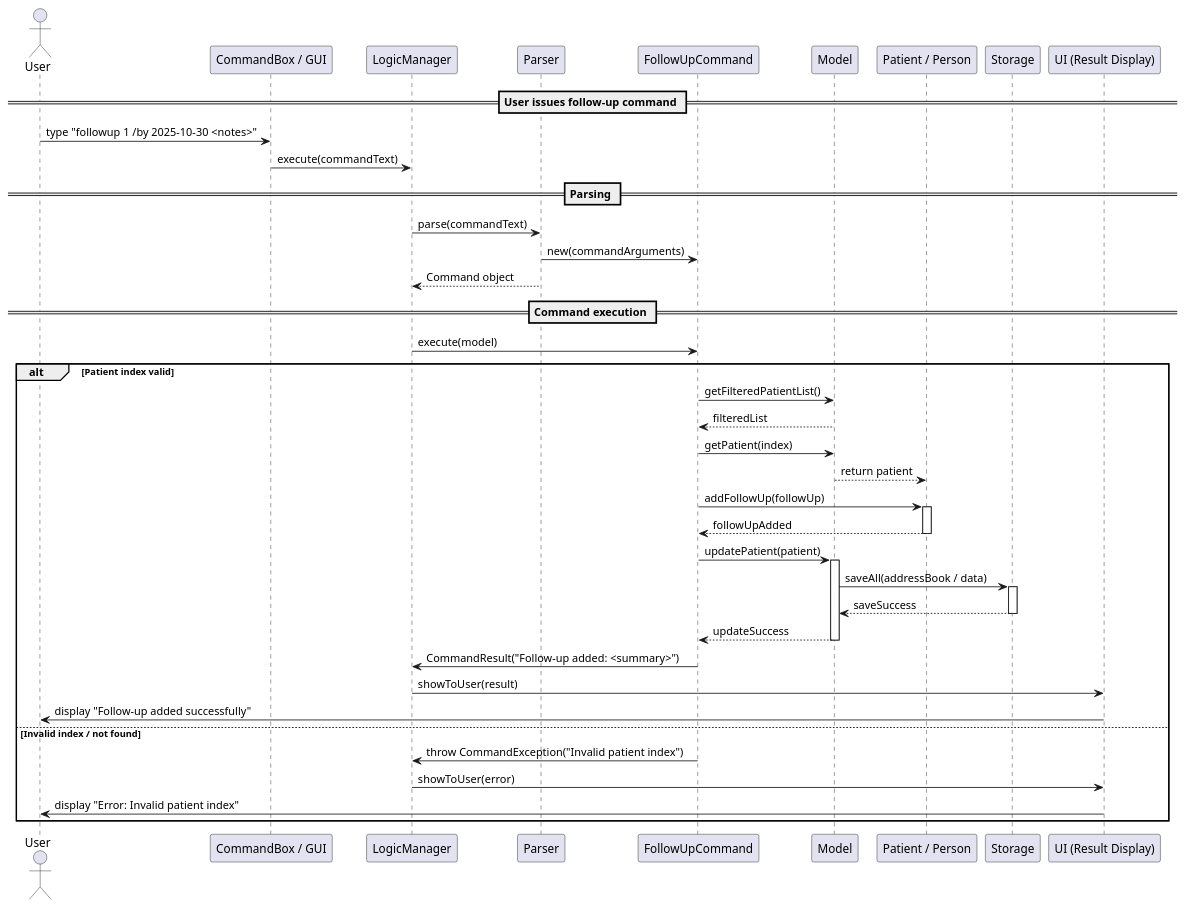
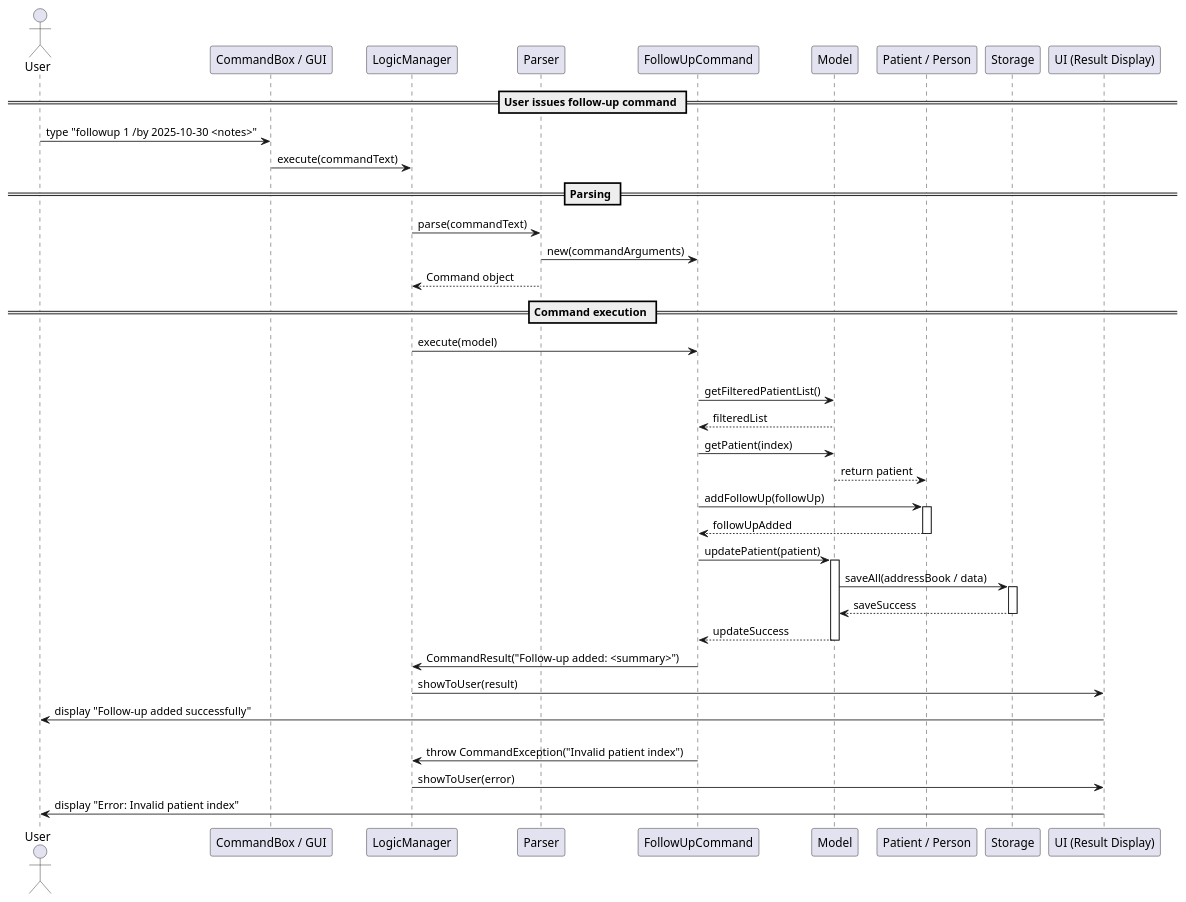
One commit to AY2526S1-CS2103T-W13-3/tp changed the diagram in diagrams/AddFollowUpDiagram.puml. Above: the diagram before and after it, drawn with PlantUML. The commit also changed 29 other files, not shown here.

```diff
--- a/diagrams/AddFollowUpDiagram.puml
+++ b/diagrams/AddFollowUpDiagram.puml
@@ -1,56 +1,55 @@
 @startuml
 ' Sequence diagram for FollowUpCommand
 
 actor User
 participant "CommandBox / GUI" as CommandBox
 participant "LogicManager" as LogicManager
 participant "Parser" as Parser
 participant "FollowUpCommand" as FollowUpCommand
 participant "Model" as Model
 participant "Patient / Person" as Patient
 participant "Storage" as Storage
 participant "UI (Result Display)" as Ui
 
 == User issues follow-up command ==
 User -> CommandBox : type "followup 1 /by 2025-10-30 <notes>"
 CommandBox -> LogicManager : execute(commandText)
 
 == Parsing ==
 LogicManager -> Parser : parse(commandText)
 Parser -> FollowUpCommand : new(commandArguments)
 Parser --> LogicManager : Command object
 
 == Command execution ==
 LogicManager -> FollowUpCommand : execute(model)
 
 alt Patient index valid
     FollowUpCommand -> Model : getFilteredPatientList()
     Model --> FollowUpCommand : filteredList
 
     FollowUpCommand -> Model : getPatient(index)
     Model --> Patient : return patient
 
     FollowUpCommand -> Patient : addFollowUp(followUp)
     activate Patient
     Patient --> FollowUpCommand : followUpAdded
     deactivate Patient
 
     FollowUpCommand -> Model : updatePatient(patient)
     activate Model
     Model -> Storage : saveAll(addressBook / data)
     activate Storage
     Storage --> Model : saveSuccess
     deactivate Storage
     Model --> FollowUpCommand : updateSuccess
     deactivate Model
 
     FollowUpCommand -> LogicManager : CommandResult("Follow-up added: <summary>")
     LogicManager -> Ui : showToUser(result)
     Ui -> User : display "Follow-up added successfully"
 else Invalid index / not found
     FollowUpCommand -> LogicManager : throw CommandException("Invalid patient index")
     LogicManager -> Ui : showToUser(error)
     Ui -> User : display "Error: Invalid patient index"
-end
 
 @enduml
```
